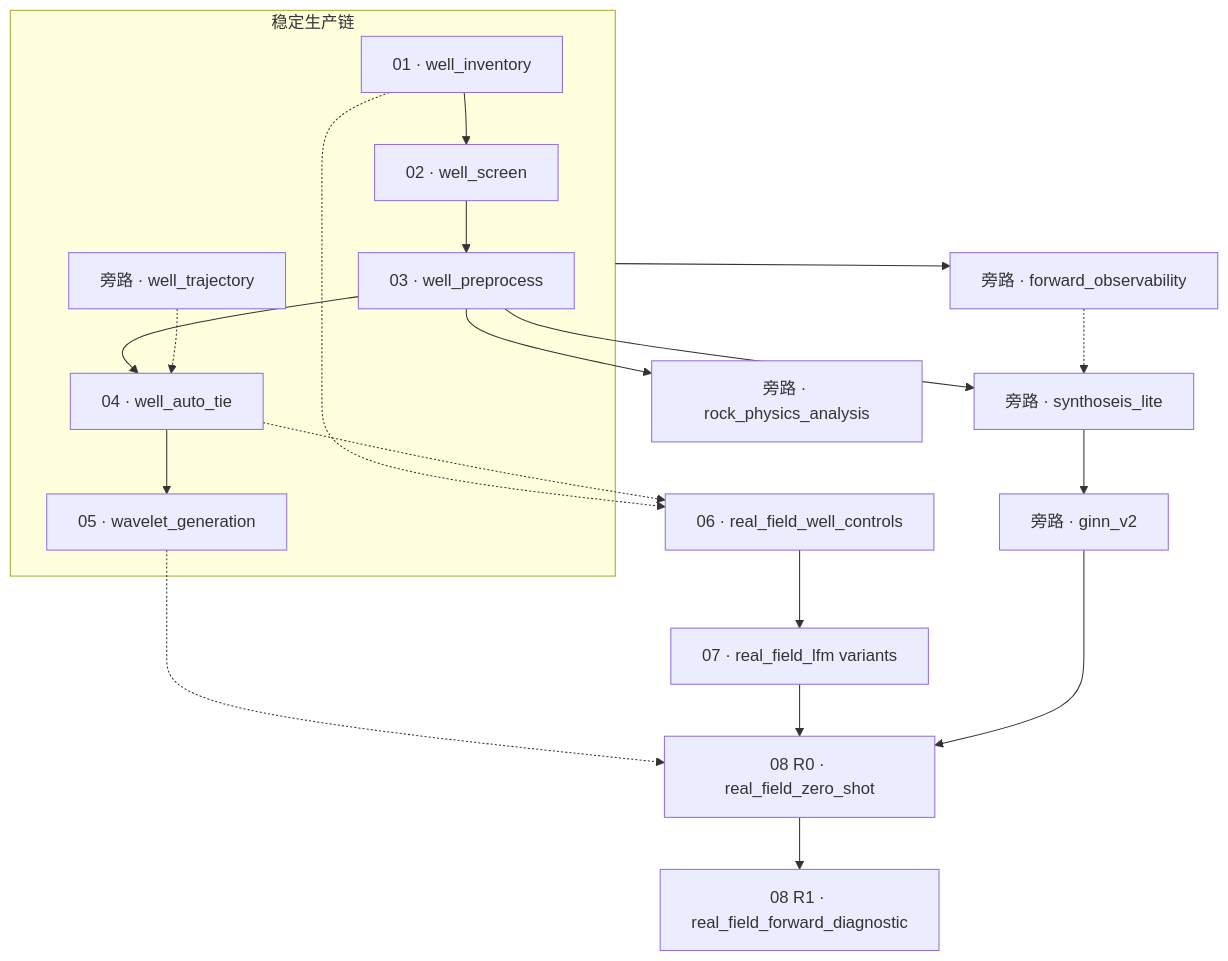
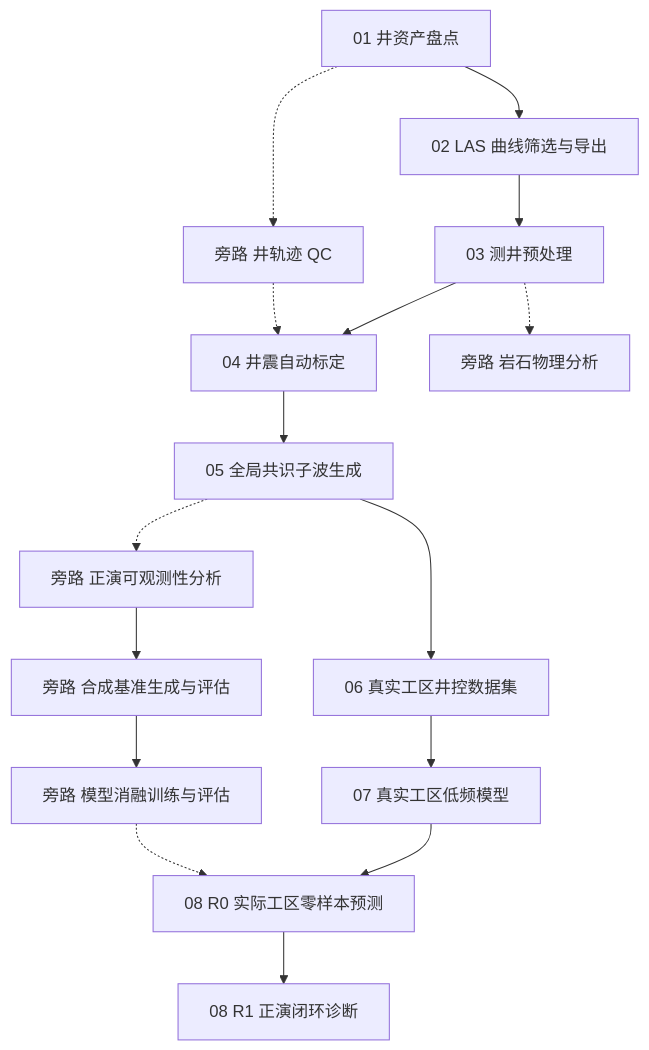
Before and after one commit to oimero/inversion_workflow: the diagram in docs/index.md, drawn with Mermaid. The commit also changed other lines of this file and 16 other files, not shown here.

````diff
--- a/docs/index.md
+++ b/docs/index.md
@@ -3,24 +3,14 @@
 ```mermaid
 flowchart TB
-    subgraph prod["稳定生产链"]
-        S1["01 · well_inventory"] --> S2["02 · well_screen"] --> S3["03 · well_preprocess"] --> S4["04 · well_auto_tie"] --> S5["05 · wavelet_generation"]
-        WT["旁路 · well_trajectory"] -.-> S4
-    end
+    S1["01 井资产盘点"] --> S2["02 LAS 曲线筛选与导出"] --> S3["03 测井预处理"] --> S4["04 井震自动标定"] --> S5["05 全局共识子波生成"] --> S6["06 真实工区井控数据集"] --> S7["07 真实工区低频模型"] --> R0["08 R0 实际工区零样本预测"] --> R1["08 R1 正演闭环诊断"]
 
-    prod --> FO["旁路 · forward_observability"]
-    S3 --> RP["旁路 · rock_physics_analysis"]
+    WT["旁路 井轨迹 QC"]
+    S1 -.-> WT -.-> S4
 
-    S1 -.-> S6["06 · real_field_well_controls"]
-    S4 -.-> S6
-    S6 --> S7["07 · real_field_lfm variants"]
+    RP["旁路 岩石物理分析"]
+    S3 -.-> RP
 
-    S3 --> SL["旁路 · synthoseis_lite"]
-    FO -.-> SL
-    SL --> GV["旁路 · ginn_v2"]
-
-    S5 -.-> R0["08 R0 · real_field_zero_shot"]
-    S7 --> R0
-    GV --> R0
-
-    R0 --> R1["08 R1 · real_field_forward_diagnostic"]
+    FO["旁路 正演可观测性分析"] --> SL["旁路 合成基准生成与评估"] --> GV["旁路 模型消融训练与评估"]
+    S5 -.-> FO
+    GV -.-> R0
 ```
````
